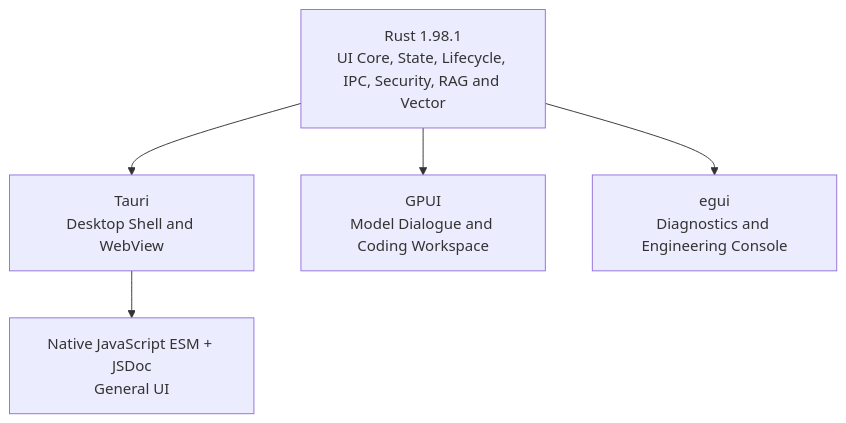
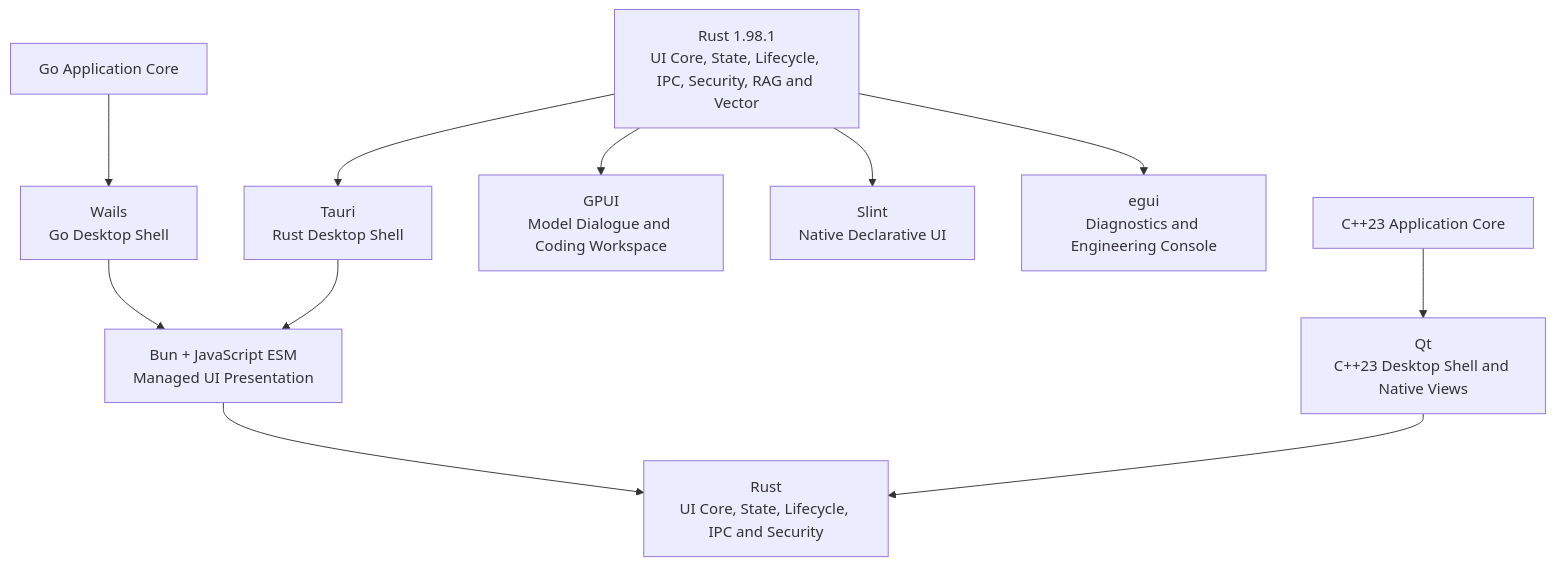
One commit to guilty442-source/GPTBridge changed the seventh of 9 diagrams in governance_rule/codex/architecture-project.md. Above: the diagram before and after it, drawn with Mermaid. The commit also changed other lines of this file and 92 other files, not shown here.

````diff
--- a/governance_rule/codex/architecture-project.md
+++ b/governance_rule/codex/architecture-project.md
@@ -137,11 +137,18 @@
 ```mermaid
 flowchart TB
   RUST[Rust 1.98.1<br/>UI Core, State, Lifecycle, IPC, Security, RAG and Vector]
-  TAURI[Tauri<br/>Desktop Shell and WebView]
-  JS[Native JavaScript ESM + JSDoc<br/>General UI]
+  TAURI[Tauri<br/>Rust Desktop Shell]
+  WAILS[Wails<br/>Go Desktop Shell]
+  QT[Qt<br/>C++23 Desktop Shell and Native Views]
+  BUN[Bun + JavaScript ESM<br/>Managed UI Presentation]
+  RUSTUI[Rust<br/>UI Core, State, Lifecycle, IPC and Security]
   GPUI[GPUI<br/>Model Dialogue and Coding Workspace]
+  SLINT[Slint<br/>Native Declarative UI]
   EGUI[egui<br/>Diagnostics and Engineering Console]
-  RUST --> TAURI --> JS
+  RUST --> TAURI --> BUN --> RUSTUI
+  GO[Go Application Core] --> WAILS --> BUN
+  CPP[C++23 Application Core] --> QT --> RUSTUI
   RUST --> GPUI
+  RUST --> SLINT
   RUST --> EGUI
 ```
````
